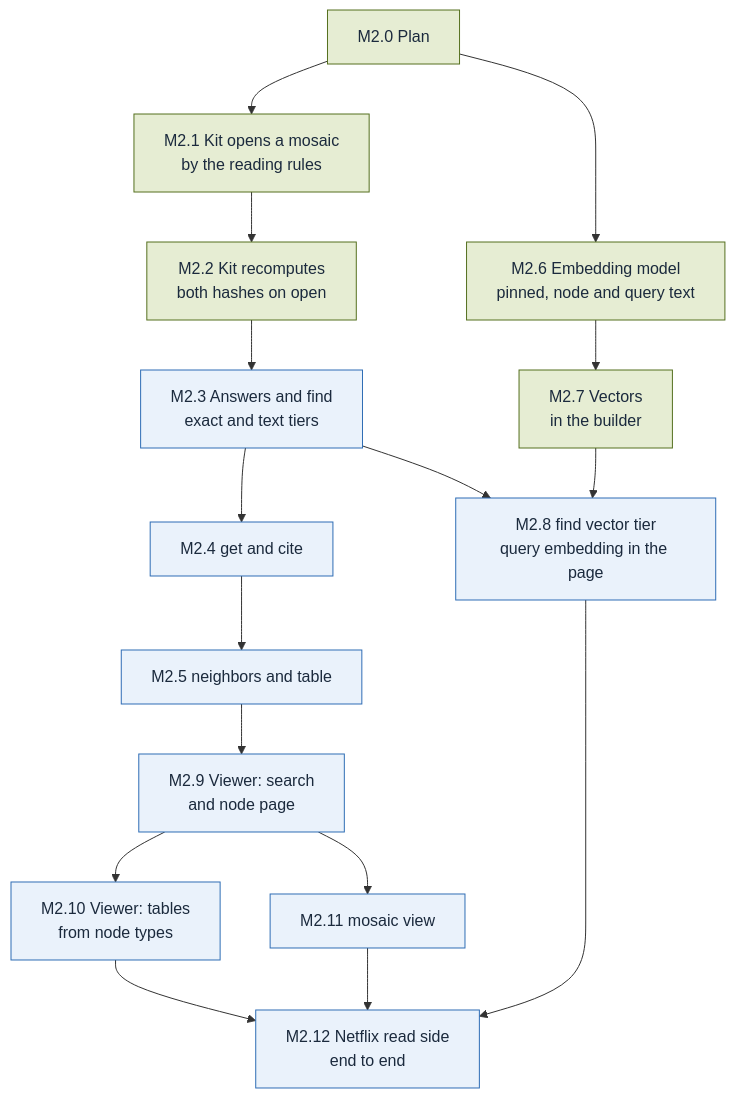
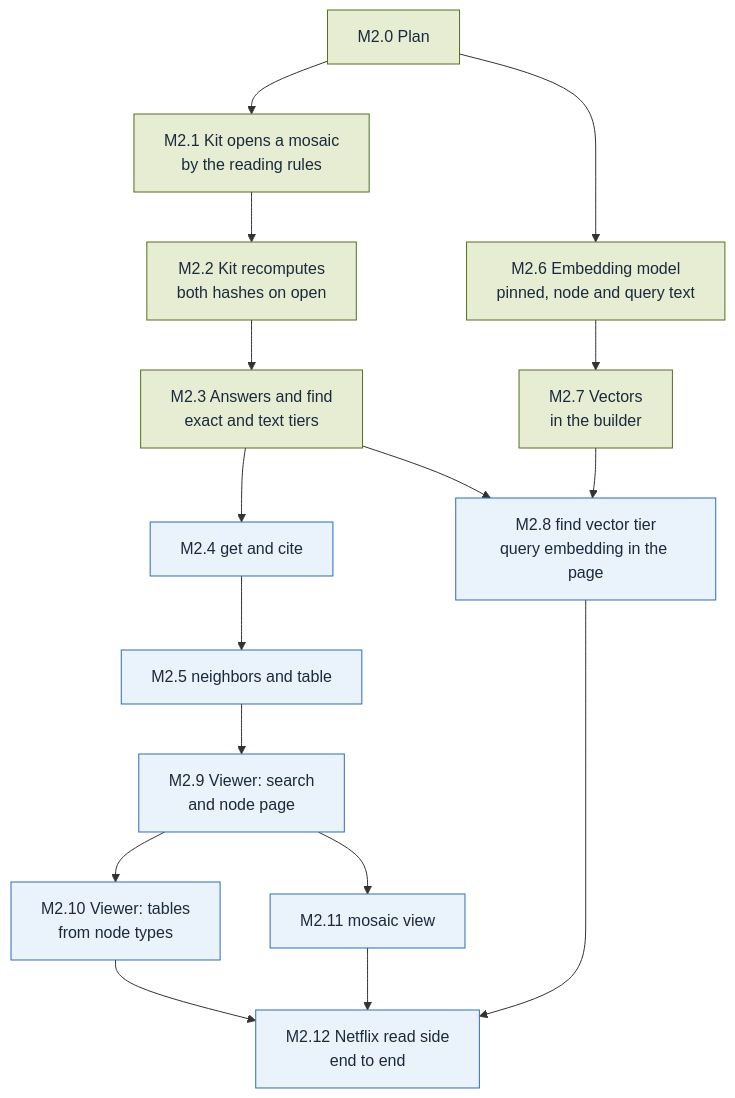
Before and after one commit to alcjor/Mosaic: the diagram in plan/M2.md, drawn with Mermaid. The commit also changed other lines of this file and 10 other files, not shown here.

````diff
--- a/plan/M2.md
+++ b/plan/M2.md
@@ -3,36 +3,36 @@
 ```mermaid
 flowchart TD
   M2_0["M2.0 Plan"]
   M2_1["M2.1 Kit opens a mosaic<br/>by the reading rules"]
   M2_2["M2.2 Kit recomputes<br/>both hashes on open"]
   M2_3["M2.3 Answers and find<br/>exact and text tiers"]
   M2_4["M2.4 get and cite"]
   M2_5["M2.5 neighbors and table"]
   M2_6["M2.6 Embedding model<br/>pinned, node and query text"]
   M2_7["M2.7 Vectors<br/>in the builder"]
   M2_8["M2.8 find vector tier<br/>query embedding in the page"]
   M2_9["M2.9 Viewer: search<br/>and node page"]
   M2_10["M2.10 Viewer: tables<br/>from node types"]
   M2_11["M2.11 mosaic view"]
   M2_12["M2.12 Netflix read side<br/>end to end"]
   M2_0 --> M2_1
   M2_1 --> M2_2
   M2_2 --> M2_3
   M2_3 --> M2_4
   M2_4 --> M2_5
   M2_0 --> M2_6
   M2_6 --> M2_7
   M2_3 --> M2_8
   M2_7 --> M2_8
   M2_5 --> M2_9
   M2_9 --> M2_10
   M2_9 --> M2_11
   M2_8 --> M2_12
   M2_10 --> M2_12
   M2_11 --> M2_12
   classDef done fill:#E6EDD3,stroke:#55701F,color:#1B2A3D
   classDef todo fill:#EAF2FB,stroke:#2F6DB5,color:#1B2A3D
   classDef parked fill:#FCEFCF,stroke:#F2B630,color:#1B2A3D
-  class M2_0,M2_1,M2_2,M2_6,M2_7 done
-  class M2_3,M2_4,M2_5,M2_8,M2_9,M2_10,M2_11,M2_12 todo
+  class M2_0,M2_1,M2_2,M2_3,M2_6,M2_7 done
+  class M2_4,M2_5,M2_8,M2_9,M2_10,M2_11,M2_12 todo
 ```
````
